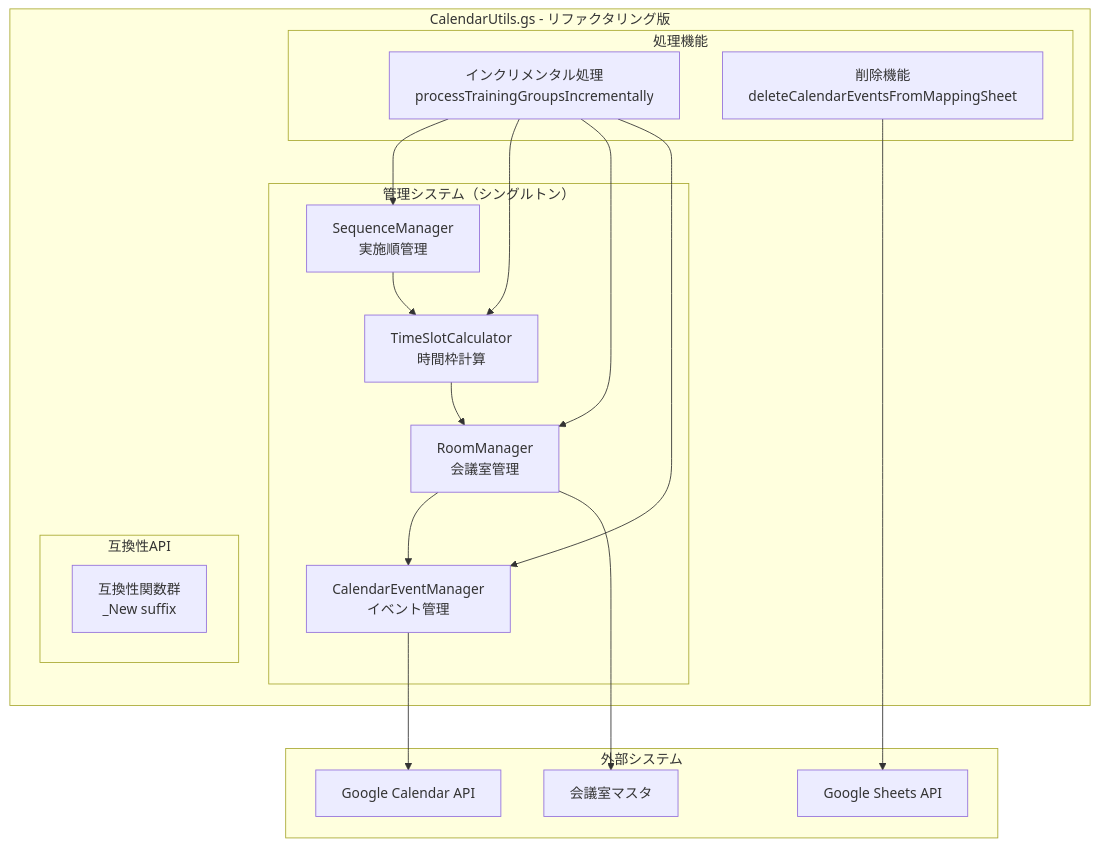
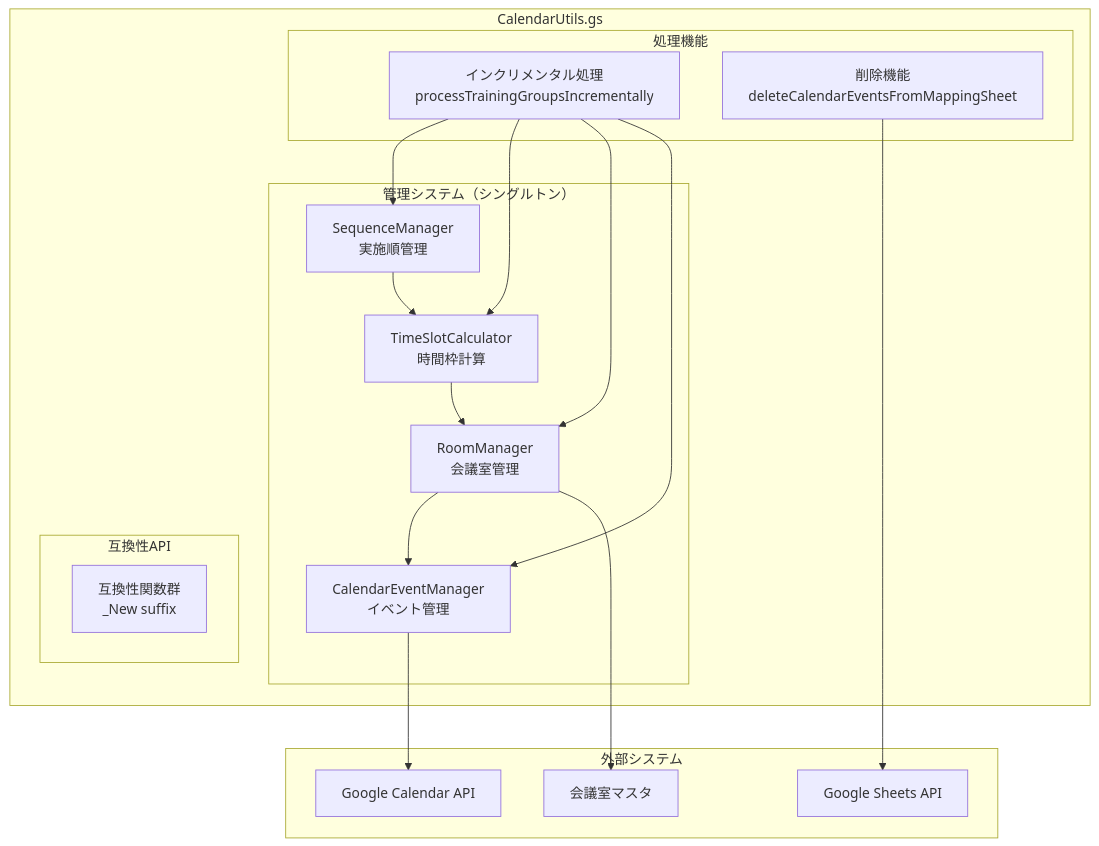
One commit to YutaImai-FLUX/flux_onb_automate changed the fifth of 11 diagrams in gas_calendar_automation.md. Above: the diagram before and after it, drawn with Mermaid. The commit also changed other lines of this file and 9 other files, not shown here.

````diff
--- a/gas_calendar_automation.md
+++ b/gas_calendar_automation.md
@@ -287,37 +354,37 @@
 ```mermaid
 graph TB
-    subgraph "CalendarUtils.gs - リファクタリング版"
+    subgraph "CalendarUtils.gs"
         subgraph "管理システム（シングルトン）"
             SM[SequenceManager<br/>実施順管理]
             TSC[TimeSlotCalculator<br/>時間枠計算]
             RM[RoomManager<br/>会議室管理]
             CEM[CalendarEventManager<br/>イベント管理]
         end
         
         subgraph "処理機能"
             INC[インクリメンタル処理<br/>processTrainingGroupsIncrementally]
             DEL[削除機能<br/>deleteCalendarEventsFromMappingSheet]
         end
         
         subgraph "互換性API"
             COMP[互換性関数群<br/>_New suffix]
         end
     end
     
     subgraph "外部システム"
         GCal[Google Calendar API]
         Sheets[Google Sheets API]
         RoomMaster[会議室マスタ]
     end
     
     SM --> TSC
     TSC --> RM
     RM --> CEM
     CEM --> GCal
     INC --> SM
     INC --> TSC
     INC --> RM
     INC --> CEM
     DEL --> Sheets
     RM --> RoomMaster
 ```
````
